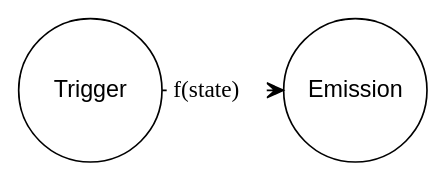
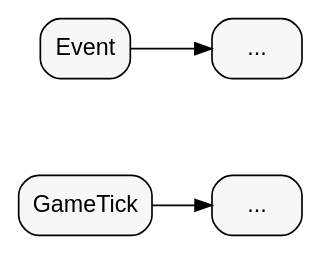
One commit to Pancakey8/blog changed the second of 5 diagrams in posts/Games-as-Graphs.org. Above: the diagram before and after it, drawn with Graphviz. The commit also changed other lines of this file, not shown here.

```diff
--- a/posts/Games-as-Graphs.org
+++ b/posts/Games-as-Graphs.org
@@ -160,21 +240,16 @@
-#+begin_src dot :file games-as-graphs-arrow.svg :exports results
+#+BEGIN_SRC dot :file games-as-graphs-parallel.svg :exports results
   digraph G {
-  	rankdir=LR;
-  	node [shape=circle, fontname="sans-serif", fixedsize=true, width=1.2];
-  	edge [arrowhead=vee, minlen=2];
+      rankdir=LR;
+      fontname="Arial";
+      nodesep=0.8;
 
-  	Trigger; Emission;
+      node [shape=circle, style="rounded,filled", width=0.6, fixedsize=true, fillcolor="#e1f5fe", fontname="Arial"];
 
-  	Trigger -> Emission [
-  		labeldistance=4,
-  		labelangle=0,
-  		headlabel=<
-  			<table bgcolor="white" border="0">
-  			       <tr>
-  					<td>f(state)</td>
-  			       </tr>
-  			</table>
-  		>
-  	]
+      node [shape=box, fillcolor="#f7f7f7", width=default, fixedsize=false];
+      GameTick -> Physics;
+      Physics [label="..."];
+
+      Event -> Spawns;
+      Spawns [label="..."];
   }
-#+end_src
+#+END_SRC
```
